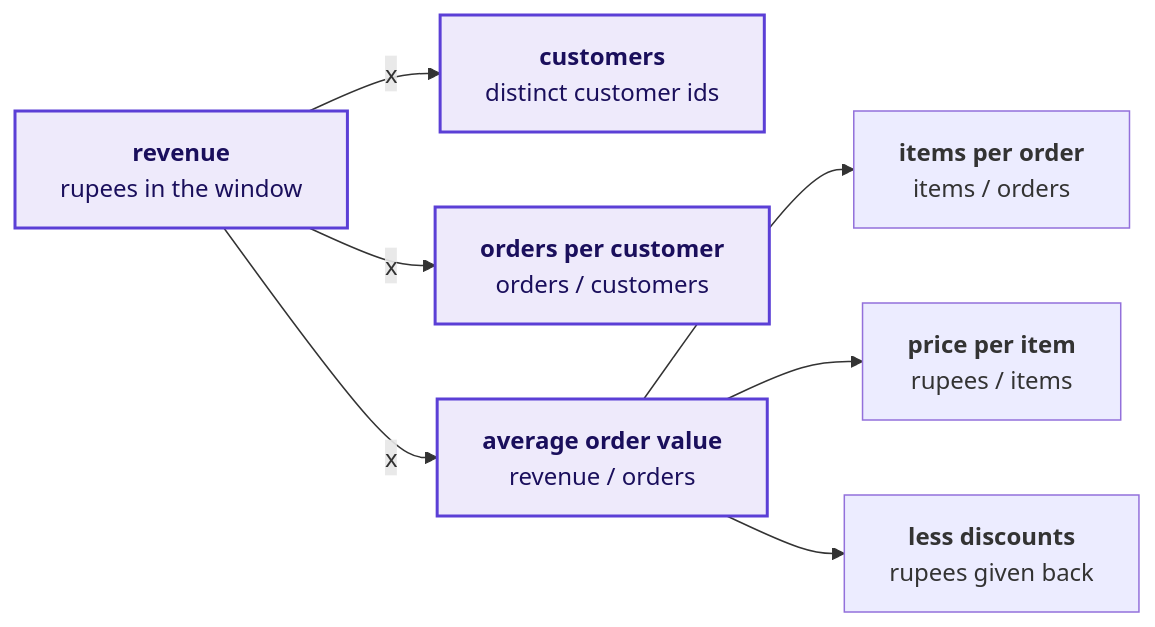
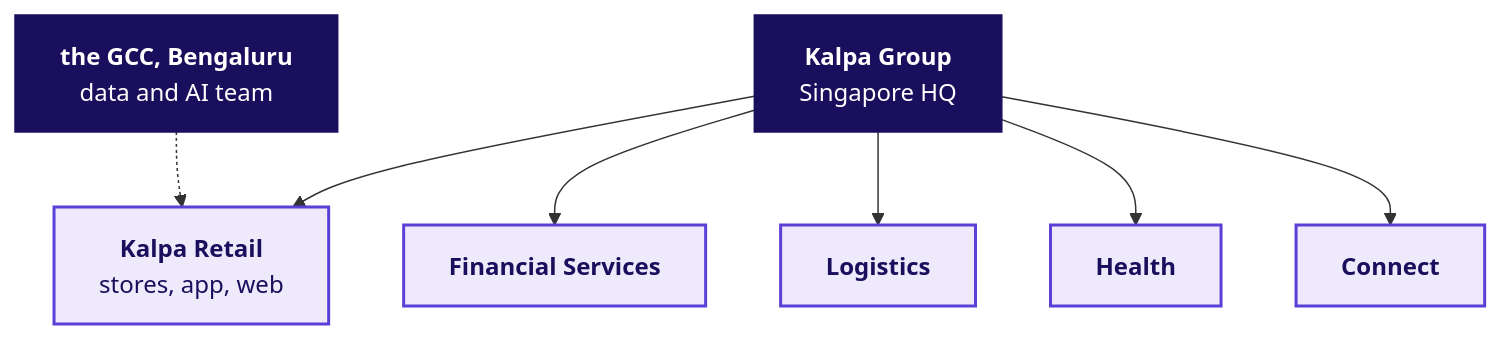
The second of 18 diagrams in content/W01/D1/slides/C2_W01_D01_half1_STUDENT.md (fde-academy-lab/c2-content-factory), drawn with Mermaid before and after one commit. The commit also changed other lines of this file and 10 other files, not shown here.

First line of the commit message:
W01 D1 decks: the morning opens on the retail story and runs chapters 1 to 4; the afternoon runs chapters 5 and 6 and the cases, each chapter in the need, options, build, trap, second route and review order

````diff
--- a/content/W01/D1/slides/C2_W01_D01_half1_STUDENT.md
+++ b/content/W01/D1/slides/C2_W01_D01_half1_STUDENT.md
@@ -83,11 +68,13 @@
 ```mermaid
-flowchart LR
-    R["<b>revenue</b><br/>rupees in the window"] -->|"x"| C["<b>customers</b><br/>distinct customer ids"]
-    R -->|"x"| F["<b>orders per customer</b><br/>orders / customers"]
-    R -->|"x"| A["<b>average order value</b><br/>revenue / orders"]
-    A --> I["<b>items per order</b><br/>items / orders"]
-    A --> P["<b>price per item</b><br/>rupees / items"]
-    A --> D["<b>less discounts</b><br/>rupees given back"]
+flowchart TB
+    G["<b>Kalpa Group</b><br/>Singapore HQ"] --> R["<b>Kalpa Retail</b><br/>stores, app, web"]
+    G --> F["<b>Financial Services</b>"]
+    G --> L["<b>Logistics</b>"]
+    G --> H["<b>Health</b>"]
+    G --> T["<b>Connect</b>"]
+    C["<b>the GCC, Bengaluru</b><br/>data and AI team"] -.-> R
     classDef known fill:#EEEAFB,stroke:#5B3FD6,color:#1A0F5C,stroke-width:2px
-    class R,C,F,A known
+    classDef bet fill:#1A0F5C,stroke:#1A0F5C,color:#FFFFFF
+    class R,F,L,H,T known
+    class G,C bet
 ```
````
